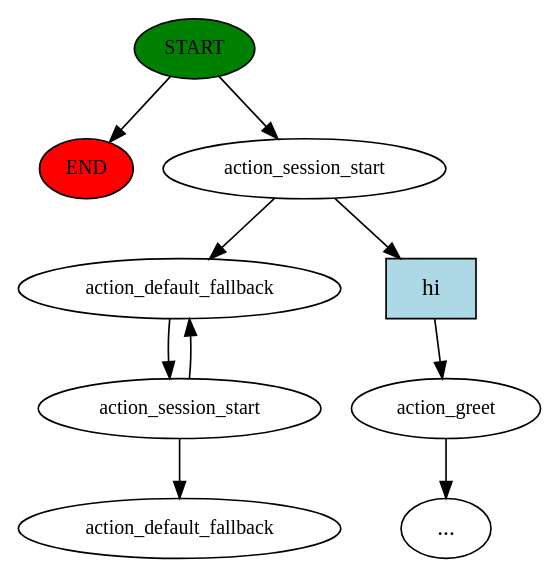
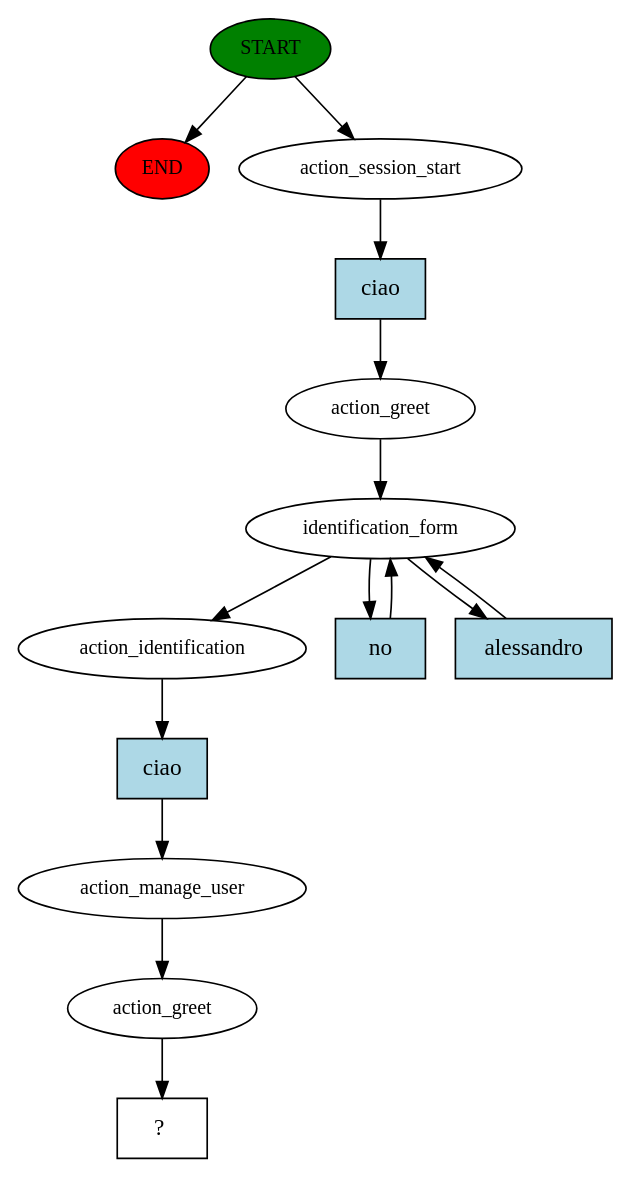
Before and after one commit to UniversityProjectsAtUnisa/rasa-chatbot_cr: the diagram in story_graph.dot, drawn with Graphviz. The commit also changed 17 other files, not shown here.

```diff
--- a/story_graph.dot
+++ b/story_graph.dot
@@ -1,20 +1,29 @@
 digraph  {
 0 [class="start active", fillcolor=green, fontsize=12, label=START, style=filled];
 "-1" [class=end, fillcolor=red, fontsize=12, label=END, style=filled];
 1 [class=active, fontsize=12, label=action_session_start];
-2 [class="", fontsize=12, label=action_greet];
-"-3" [class=ellipsis, label="..."];
-4 [class=active, fontsize=12, label=action_default_fallback];
-5 [class=active, fontsize=12, label=action_session_start];
-28 [class="dashed active", fontsize=12, label=action_default_fallback];
-29 [class=intent, fillcolor=lightblue, label=hi, shape=rect, style=filled];
+2 [class=active, fontsize=12, label=action_greet];
+3 [class=active, fontsize=12, label=identification_form];
+6 [class=active, fontsize=12, label=action_identification];
+7 [class=active, fontsize=12, label=action_manage_user];
+8 [class=active, fontsize=12, label=action_greet];
+9 [class="intent dashed active", label="  ?  ", shape=rect];
+10 [class="intent active", fillcolor=lightblue, label=ciao, shape=rect, style=filled];
+11 [class="intent active", fillcolor=lightblue, label=no, shape=rect, style=filled];
+12 [class="intent active", fillcolor=lightblue, label=alessandro, shape=rect, style=filled];
+13 [class="intent active", fillcolor=lightblue, label=ciao, shape=rect, style=filled];
 0 -> "-1"  [class="", key=NONE, label=""];
 0 -> 1  [class=active, key=NONE, label=""];
-1 -> 4  [class=active, key=NONE, label=""];
-1 -> 29  [class="", key=0];
-2 -> "-3"  [class="", key=NONE, label=""];
-4 -> 5  [class=active, key=NONE, label=""];
-5 -> 4  [class=active, key=NONE, label=""];
-5 -> 28  [class=active, key=NONE, label=""];
-29 -> 2  [class="", key=0];
+1 -> 10  [class=active, key=0];
+2 -> 3  [class=active, key=NONE, label=""];
+3 -> 6  [class=active, key=NONE, label=""];
+3 -> 11  [class=active, key=0];
+3 -> 12  [class=active, key=0];
+6 -> 13  [class=active, key=0];
+7 -> 8  [class=active, key=NONE, label=""];
+8 -> 9  [class=active, key=NONE, label=""];
+10 -> 2  [class=active, key=0];
+11 -> 3  [class=active, key=0];
+12 -> 3  [class=active, key=0];
+13 -> 7  [class=active, key=0];
 }
```
